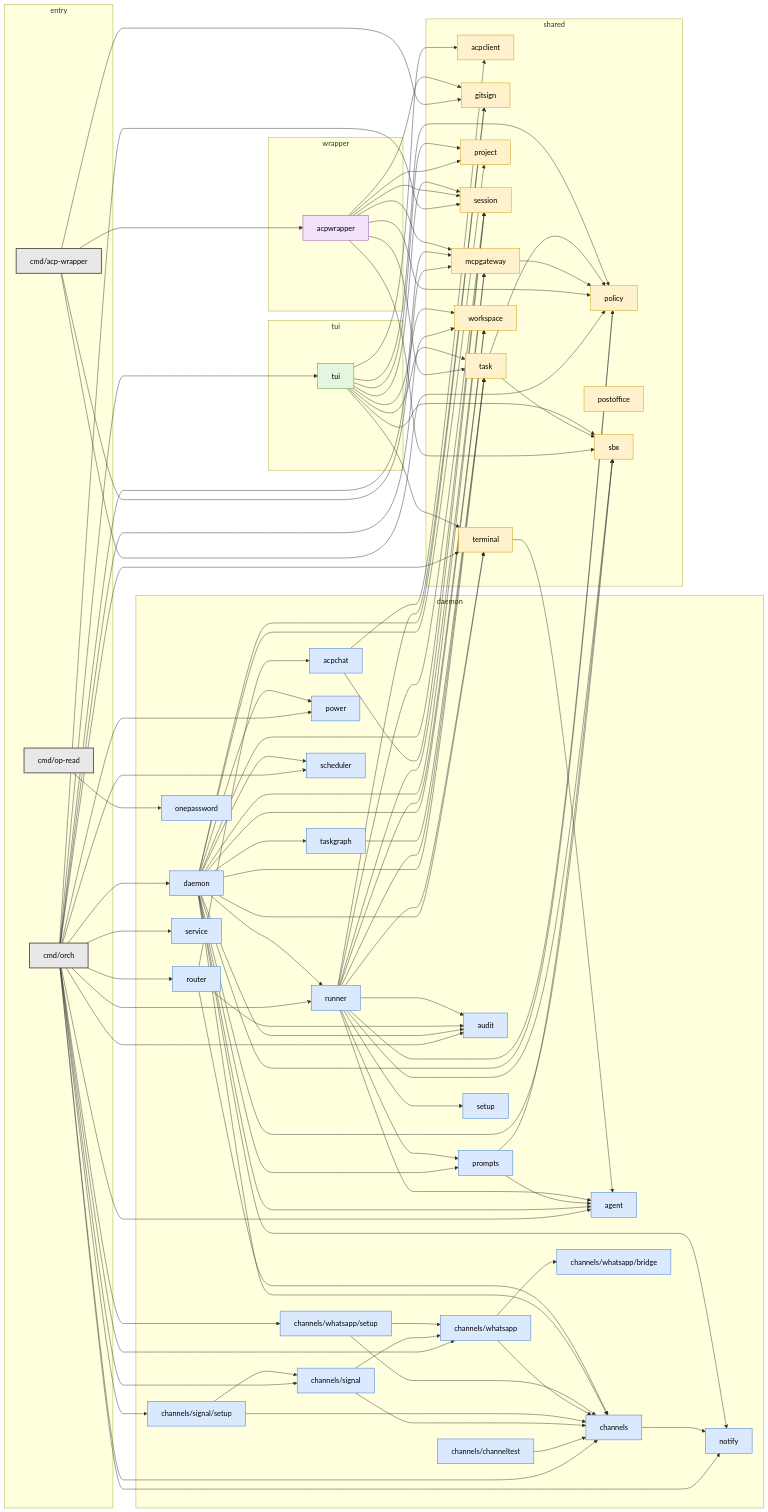
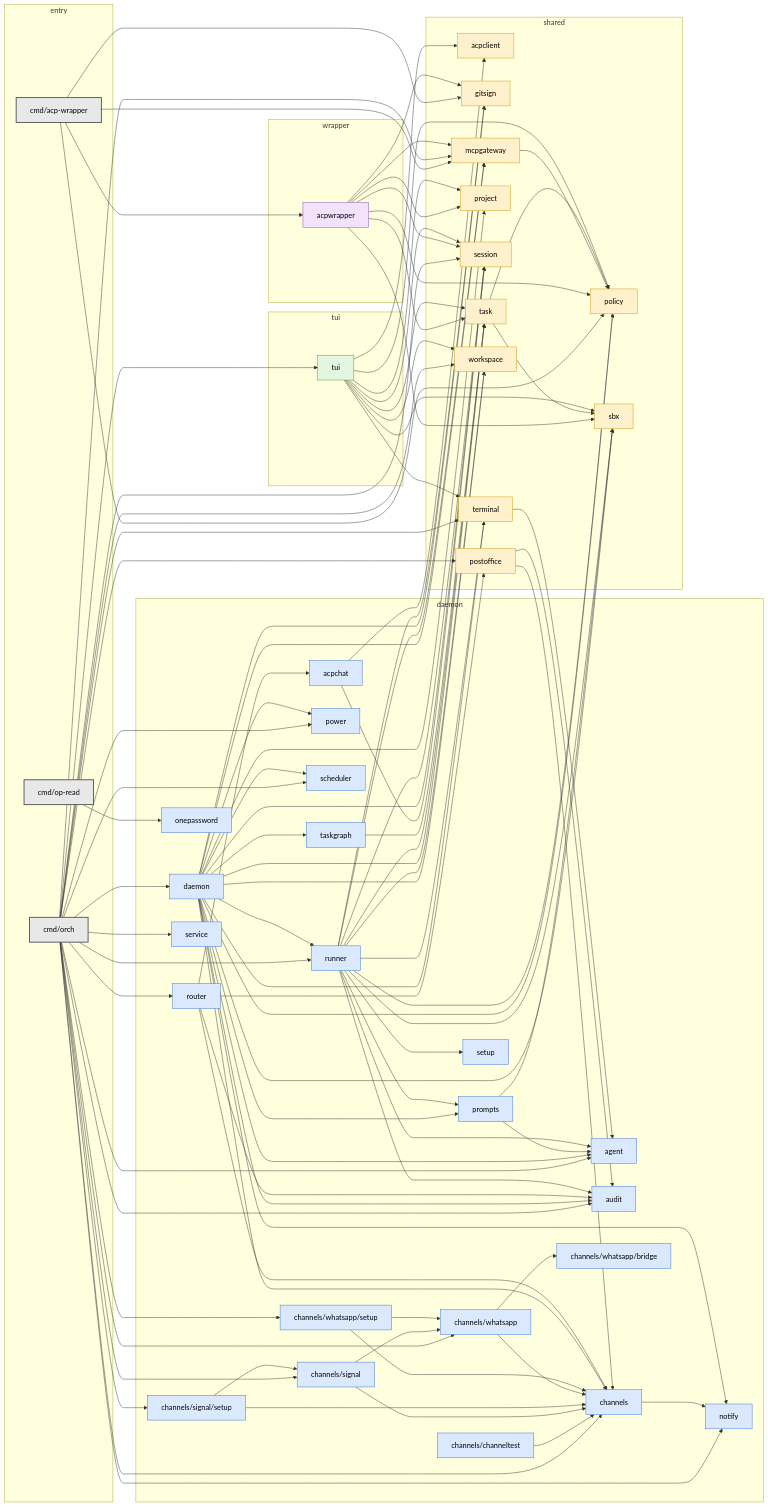
One commit to slimslenderslacks/workingman changed the diagram in docs/packages.md. Above: the diagram before and after it, drawn with Mermaid. The commit also changed other lines of this file and 21 other files, not shown here.

First line of the commit message:
postoffice: Dispatcher fan-out to channels, and channel answers in the router

```diff
--- a/docs/packages.md
+++ b/docs/packages.md
@@ -121,6 +121,7 @@
   cmd_orch --> internal_daemon
   cmd_orch --> internal_mcpgateway
   cmd_orch --> internal_notify
+  cmd_orch --> internal_postoffice
   cmd_orch --> internal_power
   cmd_orch --> internal_router
   cmd_orch --> internal_runner
@@ -168,11 +169,14 @@
   internal_daemon --> internal_terminal
   internal_daemon --> internal_workspace
   internal_mcpgateway --> internal_policy
+  internal_postoffice --> internal_audit
+  internal_postoffice --> internal_channels
   internal_prompts --> internal_agent
   internal_prompts --> internal_sbx
   internal_router --> internal_acpchat
   internal_router --> internal_audit
   internal_router --> internal_channels
+  internal_router --> internal_postoffice
   internal_runner --> internal_agent
   internal_runner --> internal_audit
   internal_runner --> internal_gitsign
```
